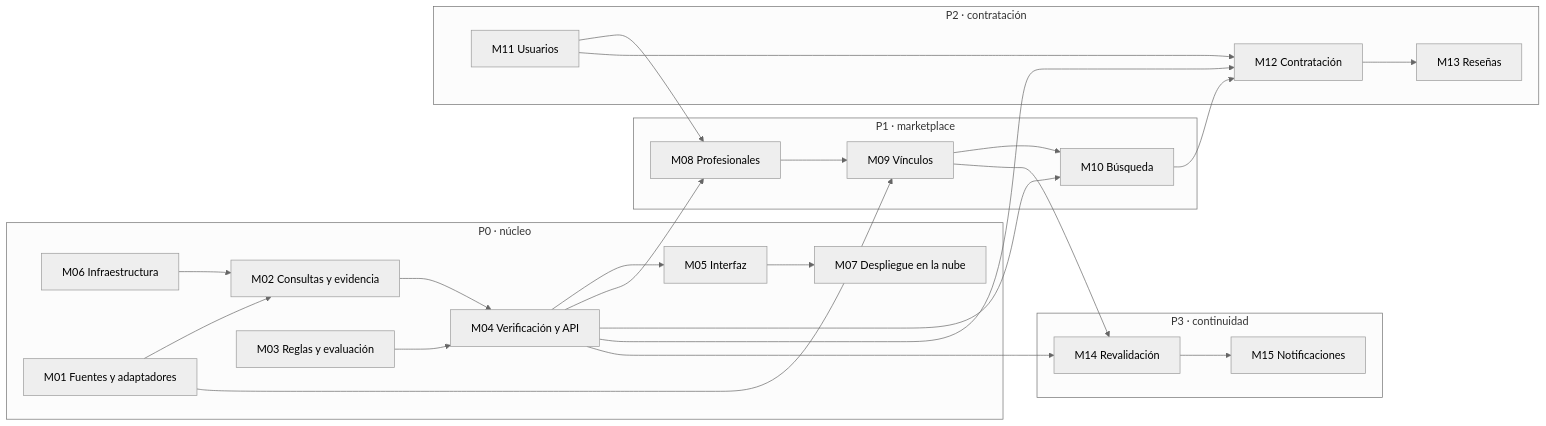
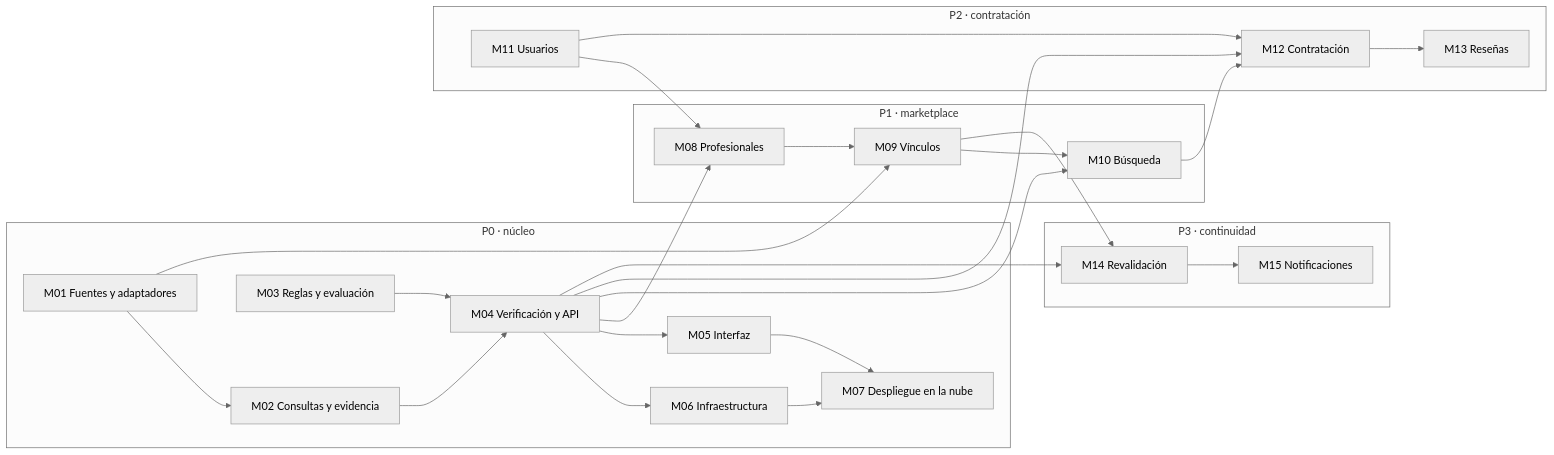
The first of 2 diagrams in docs/modulos.md (IvanDaniliuk01/MatriculAR), drawn with Mermaid (neutral theme) before and after one commit. The commit also changed other lines of this file and 62 other files, not shown here.

````diff
--- a/docs/modulos.md
+++ b/docs/modulos.md
@@ -55,46 +55,47 @@
 ```mermaid
 flowchart LR
     subgraph P0 [P0 · núcleo]
         M06[M06 Infraestructura]
         M01[M01 Fuentes y adaptadores]
         M02[M02 Consultas y evidencia]
         M03[M03 Reglas y evaluación]
         M04[M04 Verificación y API]
         M05[M05 Interfaz]
         M07[M07 Despliegue en la nube]
     end
     subgraph P1 [P1 · marketplace]
         M08[M08 Profesionales]
         M09[M09 Vínculos]
         M10[M10 Búsqueda]
     end
     subgraph P2 [P2 · contratación]
         M11[M11 Usuarios]
         M12[M12 Contratación]
         M13[M13 Reseñas]
     end
     subgraph P3 [P3 · continuidad]
         M14[M14 Revalidación]
         M15[M15 Notificaciones]
     end
 
-    M06 --> M02
     M01 --> M02
     M02 --> M04
     M03 --> M04
+    M04 --> M06
+    M06 --> M07
     M04 --> M05
     M05 --> M07
     M04 --> M08
     M11 --> M08
     M08 --> M09
     M01 --> M09
     M09 --> M10
     M04 --> M10
     M11 --> M12
     M04 --> M12
     M10 --> M12
     M12 --> M13
     M09 --> M14
     M04 --> M14
     M14 --> M15
 ```
````
